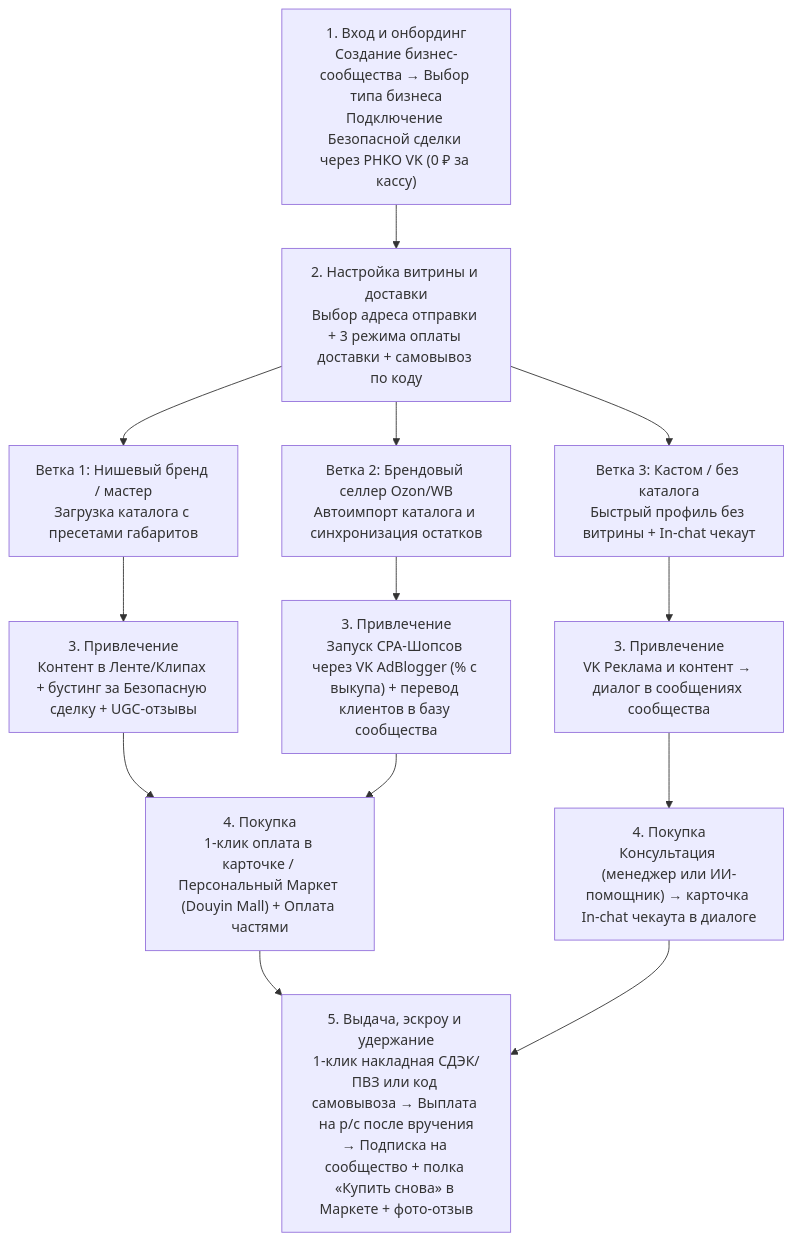
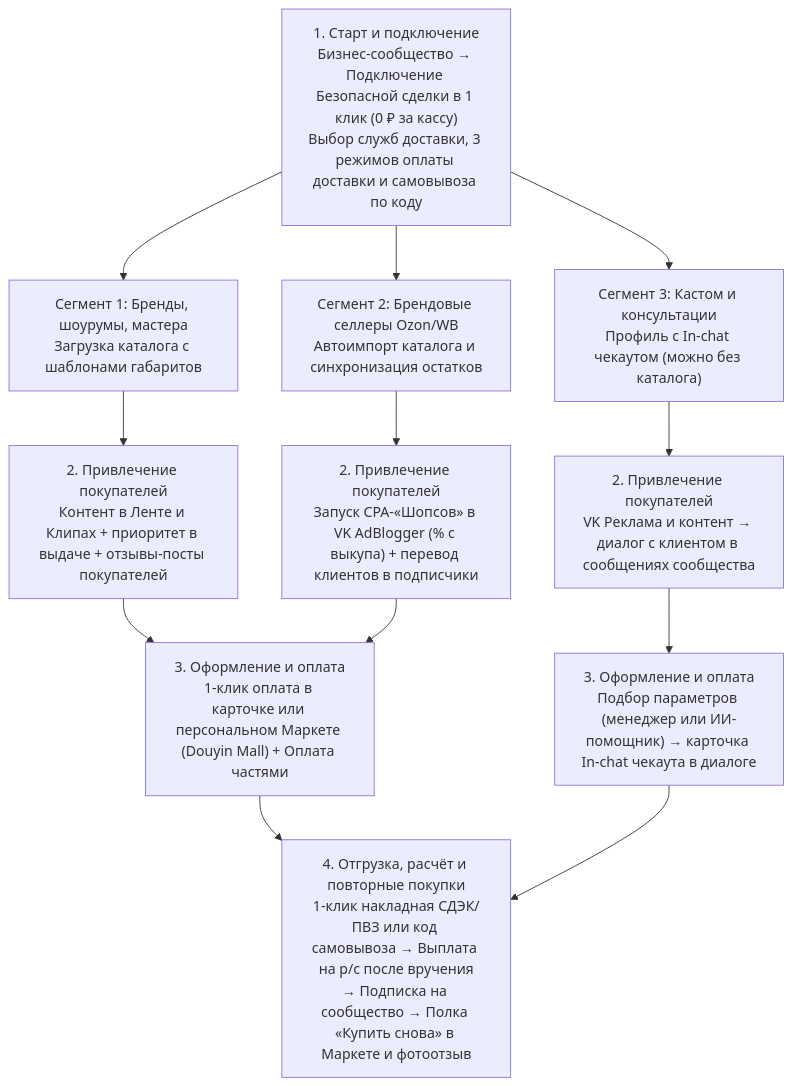
The diagram in docs/strategy_social_commerce_vk.md (Isnob/404_vk_case_champ_2026), drawn with Mermaid before and after one commit. The commit also changed other lines of this file, not shown here.

Commit message:
docs(strategy): refine tone, add 5 priority categories, remove jargon and chat contrasts

````diff
--- a/docs/strategy_social_commerce_vk.md
+++ b/docs/strategy_social_commerce_vk.md
@@ -159,19 +160,17 @@
 ```mermaid
 flowchart TD
-    A["1. Вход и онбординг<br/>Создание бизнес-сообщества → Выбор типа бизнеса<br/>Подключение Безопасной сделки через РНКО VK (0 ₽ за кассу)"] --> B["2. Настройка витрины и доставки<br/>Выбор адреса отправки + 3 режима оплаты доставки + самовывоз по коду"]
-    
-    B --> S1["Ветка 1: Нишевый бренд / мастер<br/>Загрузка каталога с пресетами габаритов"]
-    B --> S2["Ветка 2: Брендовый селлер Ozon/WB<br/>Автоимпорт каталога и синхронизация остатков"]
-    B --> S3["Ветка 3: Кастом / без каталога<br/>Быстрый профиль без витрины + In-chat чекаут"]
-    
-    S1 --> P1["3. Привлечение<br/>Контент в Ленте/Клипах + бустинг за Безопасную сделку + UGC-отзывы"]
-    S2 --> P2["3. Привлечение<br/>Запуск CPA-Шопсов через VK AdBlogger (% с выкупа) + перевод клиентов в базу сообщества"]
-    S3 --> P3["3. Привлечение<br/>VK Реклама и контент → диалог в сообщениях сообщества"]
-    
-    P1 --> C1["4. Покупка<br/>1-клик оплата в карточке / Персональный Маркет (Douyin Mall) + Оплата частями"]
+    A["1. Старт и подключение<br/>Бизнес-сообщество → Подключение Безопасной сделки в 1 клик (0 ₽ за кассу)<br/>Выбор служб доставки, 3 режимов оплаты доставки и самовывоза по коду"] --> S1["Сегмент 1: Бренды, шоурумы, мастера<br/>Загрузка каталога с шаблонами габаритов"]
+    A --> S2["Сегмент 2: Брендовые селлеры Ozon/WB<br/>Автоимпорт каталога и синхронизация остатков"]
+    A --> S3["Сегмент 3: Кастом и консультации<br/>Профиль с In-chat чекаутом (можно без каталога)"]
+
+    S1 --> P1["2. Привлечение покупателей<br/>Контент в Ленте и Клипах + приоритет в выдаче + отзывы-посты покупателей"]
+    S2 --> P2["2. Привлечение покупателей<br/>Запуск CPA-«Шопсов» в VK AdBlogger (% с выкупа) + перевод клиентов в подписчики"]
+    S3 --> P3["2. Привлечение покупателей<br/>VK Реклама и контент → диалог с клиентом в сообщениях сообщества"]
+
+    P1 --> C1["3. Оформление и оплата<br/>1-клик оплата в карточке или персональном Маркете (Douyin Mall) + Оплата частями"]
     P2 --> C1
-    P3 --> C2["4. Покупка<br/>Консультация (менеджер или ИИ-помощник) → карточка In-chat чекаута в диалоге"]
-    
-    C1 --> D["5. Выдача, эскроу и удержание<br/>1-клик накладная СДЭК/ПВЗ или код самовывоза → Выплата на р/с после вручения<br/>→ Подписка на сообщество + полка «Купить снова» в Маркете + фото-отзыв"]
+    P3 --> C2["3. Оформление и оплата<br/>Подбор параметров (менеджер или ИИ-помощник) → карточка In-chat чекаута в диалоге"]
+
+    C1 --> D["4. Отгрузка, расчёт и повторные покупки<br/>1-клик накладная СДЭК/ПВЗ или код самовывоза → Выплата на р/с после вручения<br/>→ Подписка на сообщество → Полка «Купить снова» в Маркете и фотоотзыв"]
     C2 --> D
 ```
````
